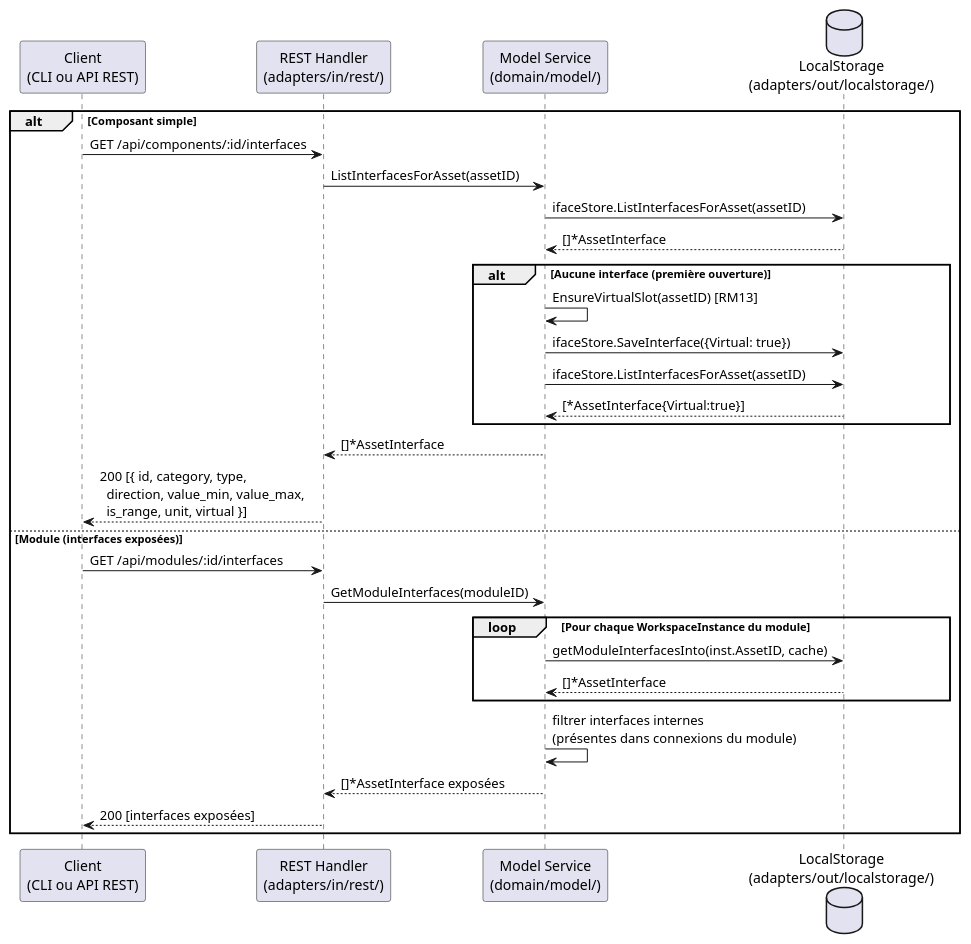
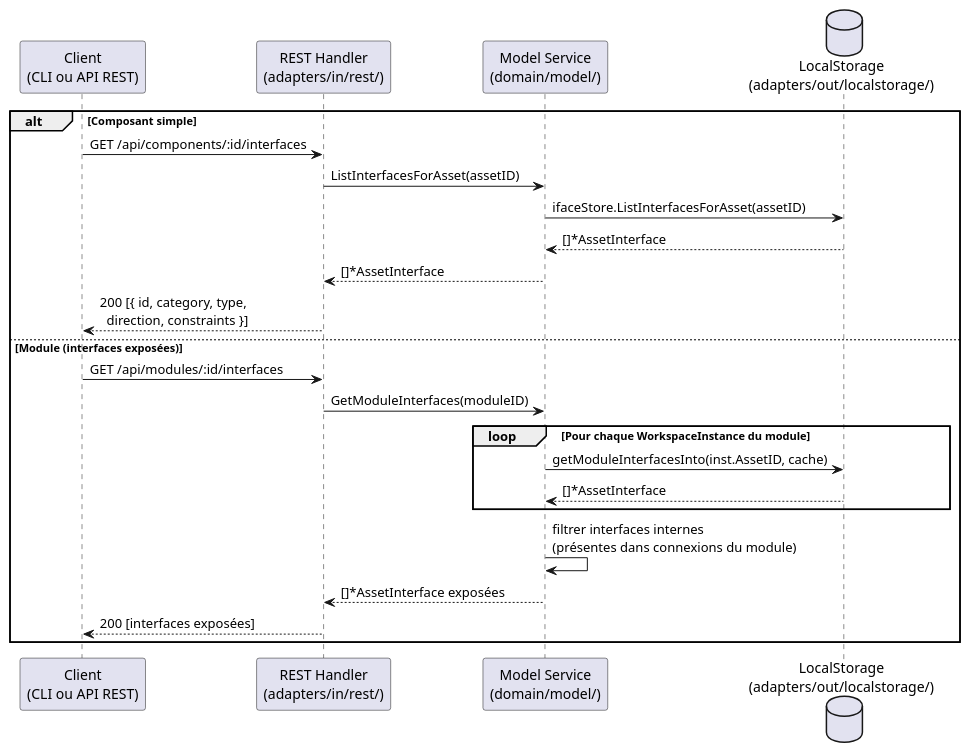
The second of 2 diagrams in specs/2-Analyse/UCAM-Assemblage_Module/UCAM02.md (myr-forge/myr-core), drawn with PlantUML before and after one commit. The commit also changed other lines of this file and 49 other files, not shown here.

````diff
--- a/specs/2-Analyse/UCAM-Assemblage_Module/UCAM02.md
+++ b/specs/2-Analyse/UCAM-Assemblage_Module/UCAM02.md
@@ -150,38 +145,31 @@
 ```plantuml
 @startuml
 participant "Client\n(CLI ou API REST)" as Client
 participant "REST Handler\n(adapters/in/rest/)" as REST
 participant "Model Service\n(domain/model/)" as Service
 database "LocalStorage\n(adapters/out/localstorage/)" as Local
 
 alt Composant simple
     Client -> REST : GET /api/components/:id/interfaces
     REST -> Service : ListInterfacesForAsset(assetID)
     Service -> Local : ifaceStore.ListInterfacesForAsset(assetID)
     Local --> Service : []*AssetInterface
 
-    alt Aucune interface (première ouverture)
-        Service -> Service : EnsureVirtualSlot(assetID) [RM13]
-        Service -> Local : ifaceStore.SaveInterface({Virtual: true})
-        Service -> Local : ifaceStore.ListInterfacesForAsset(assetID)
-        Local --> Service : [*AssetInterface{Virtual:true}]
-    end
-
     Service --> REST : []*AssetInterface
-    REST --> Client : 200 [{ id, category, type,\n  direction, value_min, value_max,\n  is_range, unit, virtual }]
+    REST --> Client : 200 [{ id, category, type,\n  direction, constraints }]
 
 else Module (interfaces exposées)
     Client -> REST : GET /api/modules/:id/interfaces
     REST -> Service : GetModuleInterfaces(moduleID)
 
     loop Pour chaque WorkspaceInstance du module
         Service -> Local : getModuleInterfacesInto(inst.AssetID, cache)
         Local --> Service : []*AssetInterface
     end
 
     Service -> Service : filtrer interfaces internes\n(présentes dans connexions du module)
     Service --> REST : []*AssetInterface exposées
     REST --> Client : 200 [interfaces exposées]
 end
 @enduml
 ```
````
